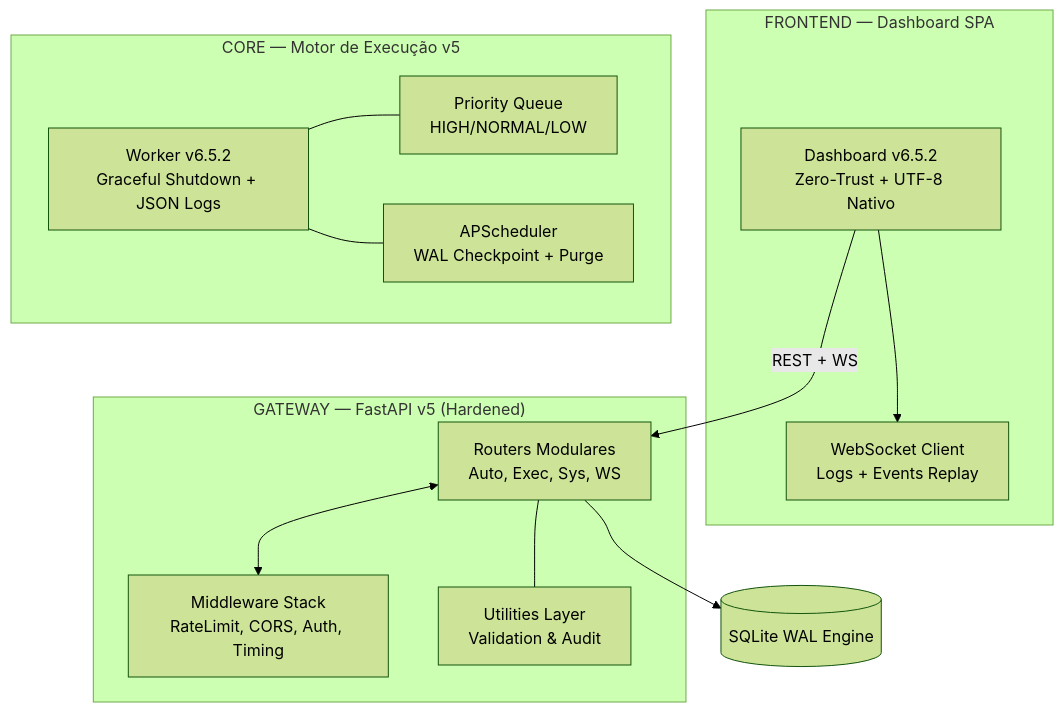
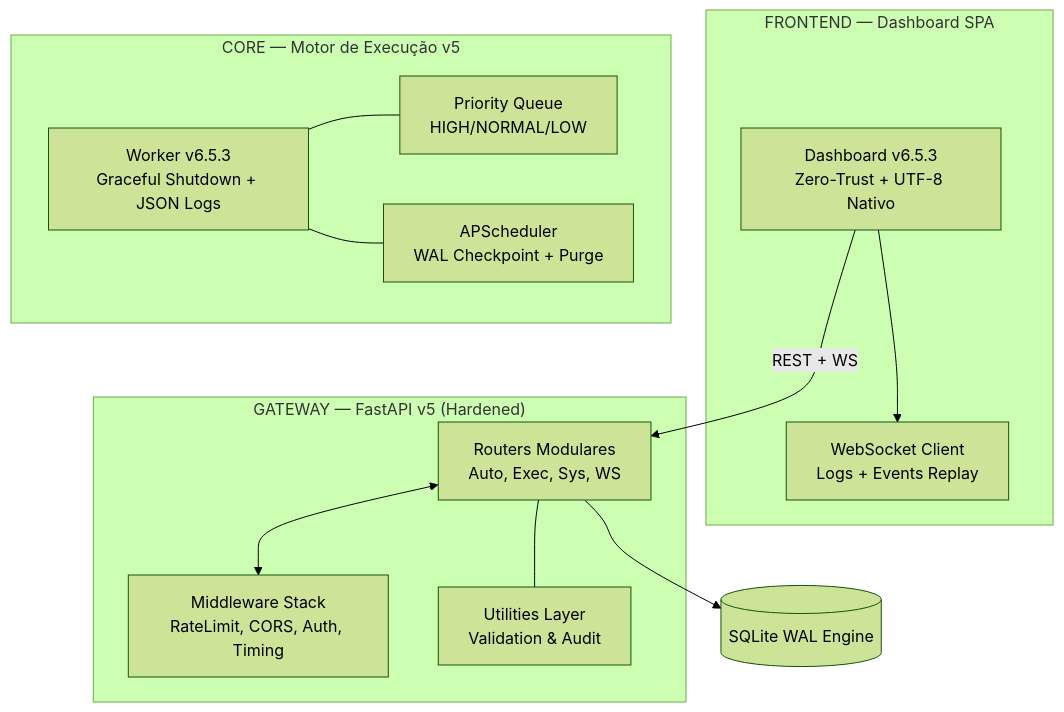
Before and after one commit to GabrielDiasNN/Automacoes-CR: the diagram in README.md, drawn with Mermaid (forest theme). The commit also changed other lines of this file and 11 other files, not shown here.

````diff
--- a/README.md
+++ b/README.md
@@ -7,27 +7,27 @@
 ```mermaid
 graph TD
     subgraph "FRONTEND — Dashboard SPA"
-        UI["Dashboard v6.5.2<br/>Zero-Trust + UTF-8 Nativo"]
+        UI["Dashboard v6.5.3<br/>Zero-Trust + UTF-8 Nativo"]
         WS_CLIENT["WebSocket Client<br/>Logs + Events Replay"]
         UI --> WS_CLIENT
     end
 
     subgraph "GATEWAY — FastAPI v5 (Hardened)"
         ROUTERS["Routers Modulares<br/>Auto, Exec, Sys, WS"]
         MIDDLEWARE["Middleware Stack<br/>RateLimit, CORS, Auth, Timing"]
         UTILS["Utilities Layer<br/>Validation & Audit"]
         ROUTERS <--> MIDDLEWARE
         ROUTERS --- UTILS
     end
 
     subgraph "CORE — Motor de Execução v5"
-        WORKER["Worker v6.5.2<br/>Graceful Shutdown + JSON Logs"]
+        WORKER["Worker v6.5.3<br/>Graceful Shutdown + JSON Logs"]
         PRIORITY["Priority Queue<br/>HIGH/NORMAL/LOW"]
         SCHEDULER["APScheduler<br/>WAL Checkpoint + Purge"]
         WORKER --- PRIORITY
         WORKER --- SCHEDULER
     end
 
     UI -->|REST + WS| ROUTERS
     ROUTERS --> DB[(SQLite WAL Engine)]
 ```
````
